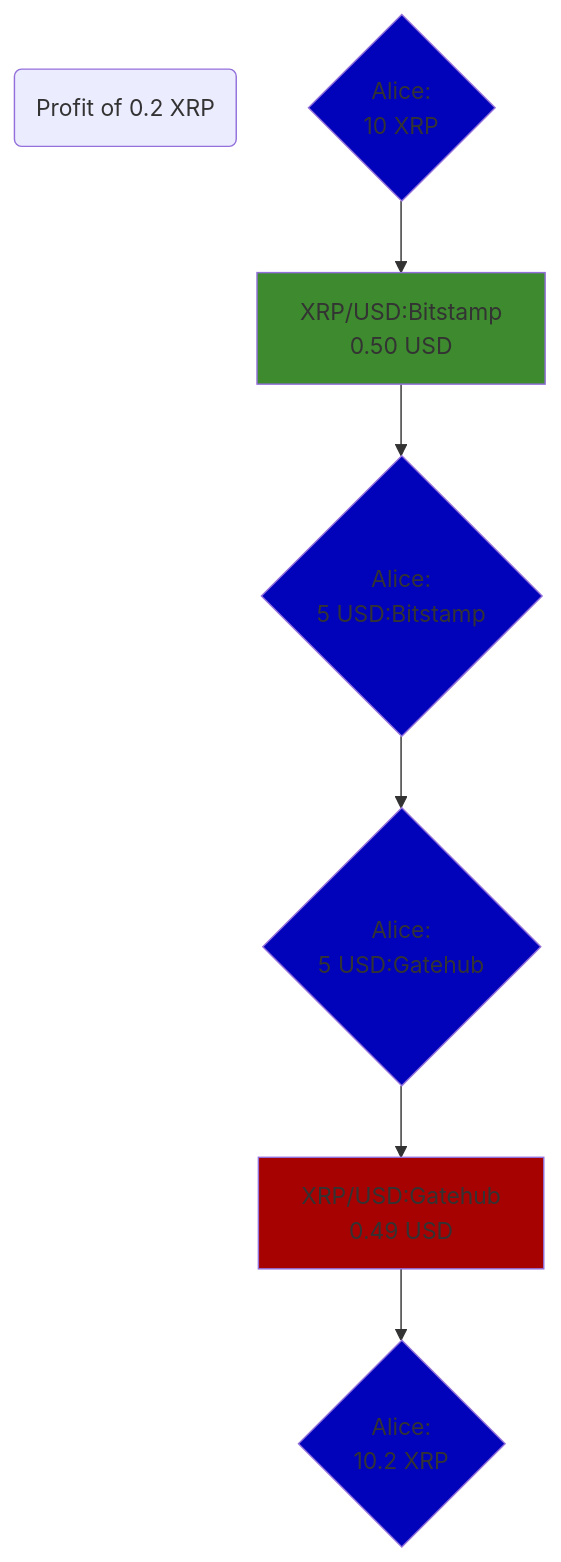
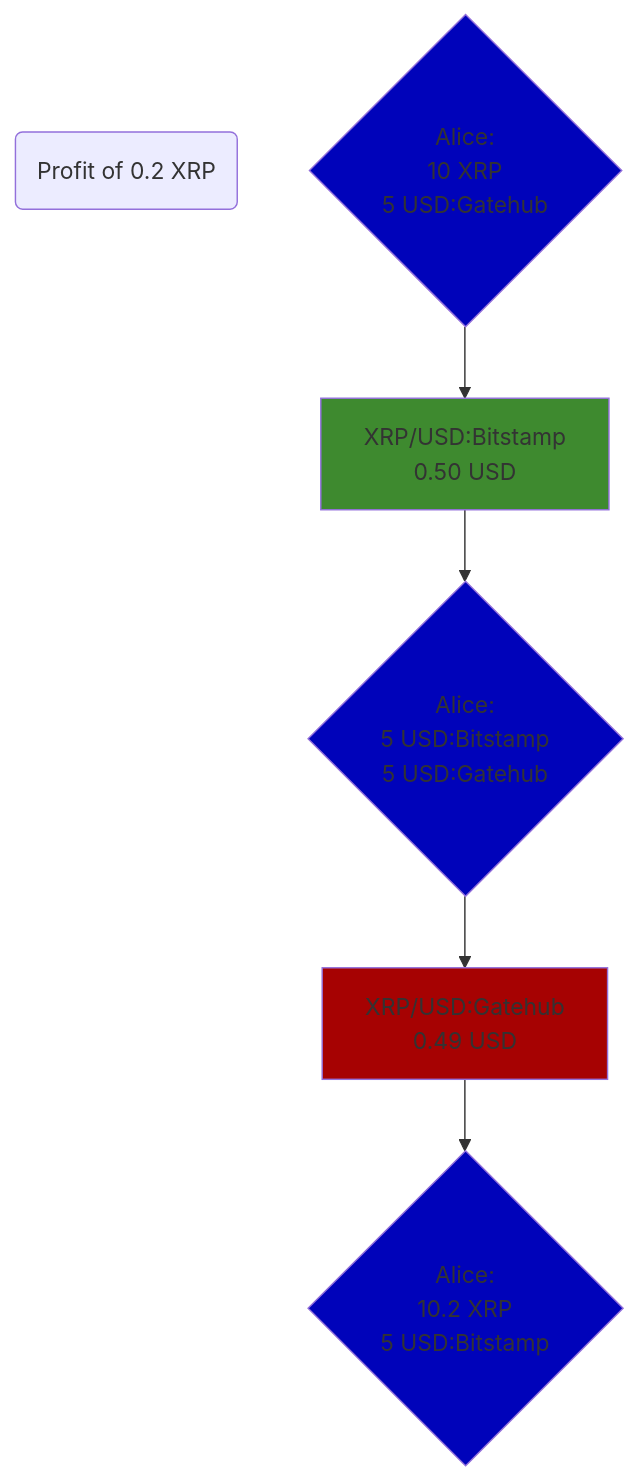
Before and after one commit to LimpidCrypto/xrpl-trading: the diagram in README.md, drawn with Mermaid. The commit also changed other lines of this file, not shown here.

````diff
--- a/README.md
+++ b/README.md
@@ -30,13 +29,13 @@
 ```mermaid
 flowchart TB
 Head(Profit of 0.2 XRP)
-Alice{Alice:\n10 XRP} --> XRPUSDB[XRP/USD:Bitstamp\n0.50 USD] --> Alice1{Alice:\n5 USD:Bitstamp} --> Alice2{Alice:\n5 USD:Gatehub} --> XRPUSDG[XRP/USD:Gatehub\n0.49 USD] --> Alice3{Alice:\n10.2 XRP}
+Alice{Alice:\n10 XRP\n5 USD:Gatehub} --> XRPUSDB[XRP/USD:Bitstamp\n0.50 USD] --> Alice1{Alice:\n5 USD:Bitstamp\n5 USD:Gatehub} --> XRPUSDG[XRP/USD:Gatehub\n0.49 USD] --> Alice2{Alice:\n10.2 XRP\n5 USD:Bitstamp}
 
 classDef wallet fill:#0003ba;
 classDef buyOrderBook fill:#3e8a2f;
 classDef sellOrderBook fill:#a60202;
 
-class Alice,Alice1,Alice2,Alice3 wallet;
+class Alice,Alice1,Alice2 wallet;
 class XRPUSDB buyOrderBook;
 class XRPUSDG sellOrderBook;
 ```
````
